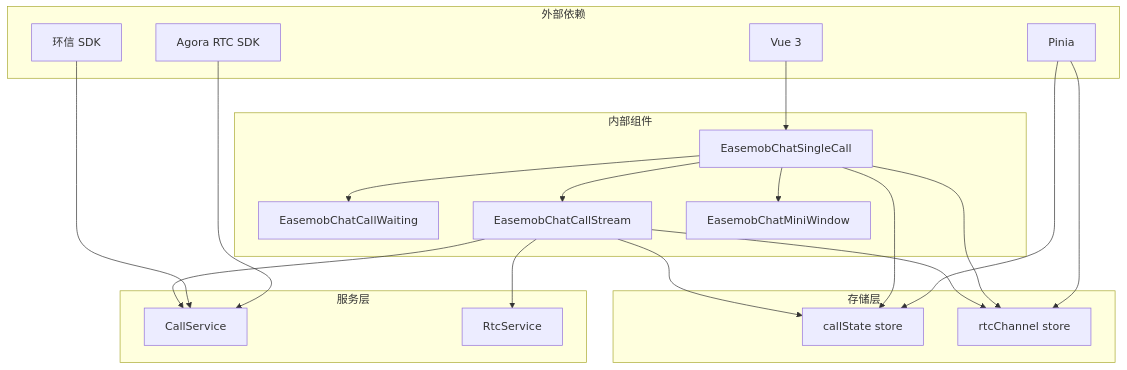
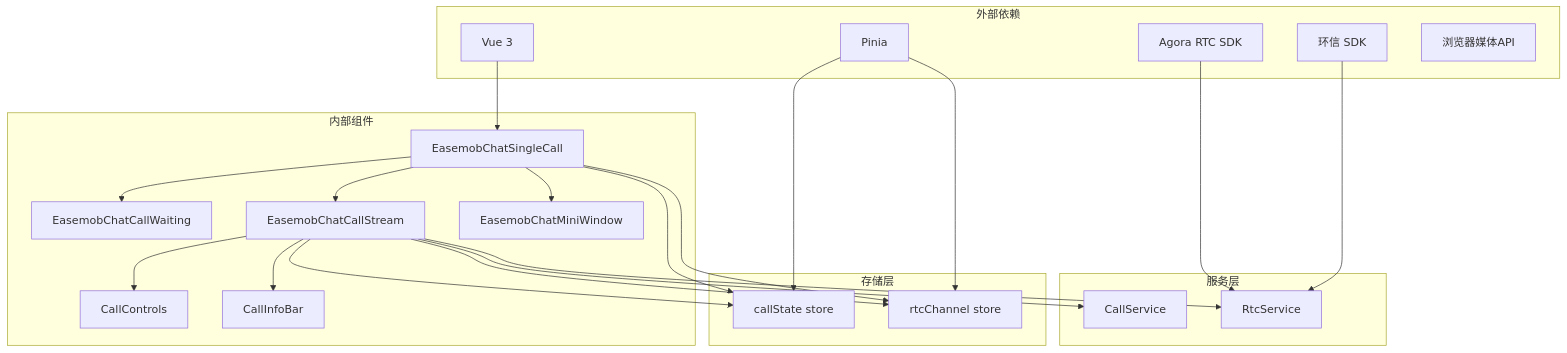
Before and after one commit to Easemob-Community/easemob-uikit-callkit-vue3: the eighth of 8 diagrams in .qoder/repowiki/zh/content/API 参考/组件 API/单人通话组件 API.md, drawn with Mermaid. The commit also changed other lines of this file and 54 other files, not shown here.

First line of the commit message:
refactor: 清理废弃代码 + 移出 RtcService 实例 + API 便捷性优化

````diff
--- a/.qoder/repowiki/zh/content/API 参考/组件 API/单人通话组件 API.md
+++ b/.qoder/repowiki/zh/content/API 参考/组件 API/单人通话组件 API.md
@@ -330,37 +381,42 @@
 ```mermaid
 graph TB
 subgraph "外部依赖"
 A[Vue 3]
 B[Pinia]
 C[Agora RTC SDK]
 D[环信 SDK]
+E[浏览器媒体API]
 end
 subgraph "内部组件"
-E[EasemobChatSingleCall]
-F[EasemobChatCallWaiting]
-G[EasemobChatCallStream]
-H[EasemobChatMiniWindow]
+F[EasemobChatSingleCall]
+G[EasemobChatCallWaiting]
+H[EasemobChatCallStream]
+I[EasemobChatMiniWindow]
+J[CallControls]
+K[CallInfoBar]
 end
 subgraph "存储层"
-I[callState store]
-J[rtcChannel store]
+L[callState store]
+M[rtcChannel store]
 end
 subgraph "服务层"
-K[CallService]
-L[RtcService]
+N[CallService]
+O[RtcService]
 end
-A --> E
-B --> I
-B --> J
-C --> K
-D --> K
-E --> F
-E --> G
-E --> H
-E --> I
-E --> J
-G --> K
-G --> L
-G --> I
-G --> J
+A --> F
+B --> L
+B --> M
+C --> O
+D --> O
+F --> G
+F --> H
+F --> I
+F --> L
+F --> M
+H --> J
+H --> K
+H --> L
+H --> M
+H --> N
+H --> O
 ```
````
